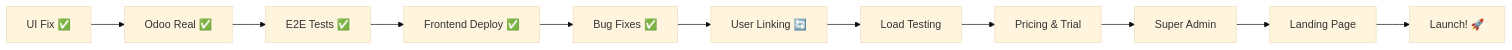
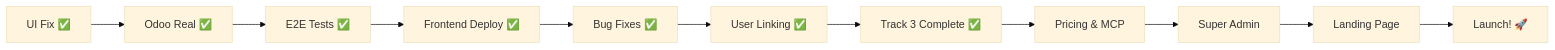
The diagram in docs/phases/PHASE_3_UNIFIED_WORKING_PLAN.md (scubapro711/dental-clinic-ai), drawn with Mermaid (base theme) before and after one commit. The commit also changed other lines of this file, not shown here.

First line of the commit message:
docs: Update Phase 3 plan - Track 3 complete + MCP Server strategy

````diff
--- a/docs/phases/PHASE_3_UNIFIED_WORKING_PLAN.md
+++ b/docs/phases/PHASE_3_UNIFIED_WORKING_PLAN.md
@@ -182,13 +222,13 @@
 ```mermaid
 graph LR
     A[UI Fix ✅] --> B[Odoo Real ✅]
     B --> C[E2E Tests ✅]
     C --> D[Frontend Deploy ✅]
     D --> E[Bug Fixes ✅]
-    E --> F[User Linking 🔄]
-    F --> G[Load Testing]
-    G --> H[Pricing & Trial]
+    E --> F[User Linking ✅]
+    F --> G[Track 3 Complete ✅]
+    G --> H[Pricing & MCP]
     H --> I[Super Admin]
     I --> J[Landing Page]
     J --> K[Launch! 🚀]
 ```
````
